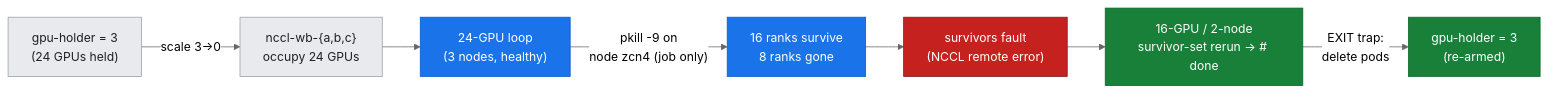
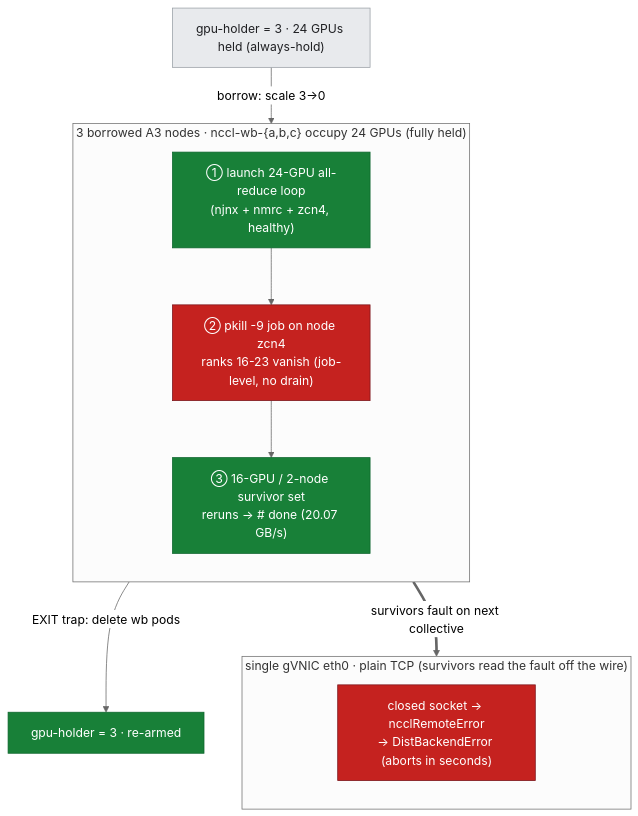
Before and after one commit to elideng-sg/hypercomputer-internode-deepdive: the second of 3 diagrams in labs/lab-13-topology-resilience/README.md, drawn with Mermaid (neutral theme). The commit also changed other lines of this file and 19 other files, not shown here.

First line of the commit message:
Diagrams: env-overview + combined step-flow across all 20 remaining labs

````diff
--- a/labs/lab-13-topology-resilience/README.md
+++ b/labs/lab-13-topology-resilience/README.md
@@ -48,14 +80,22 @@
 ```mermaid
-flowchart LR
-  H0["gpu-holder = 3<br/>(24 GPUs held)"] -->|"scale 3→0"| W["nccl-wb-{a,b,c}<br/>occupy 24 GPUs"]
-  W --> J["24-GPU loop<br/>(3 nodes, healthy)"]
-  J -->|"pkill -9 on<br/>node zcn4 (job only)"| K["16 ranks survive<br/>8 ranks gone"]
-  K --> F["survivors fault<br/>(NCCL remote error)"]
-  F --> RR["16-GPU / 2-node<br/>survivor-set rerun → # done"]
-  RR -->|"EXIT trap:<br/>delete pods"| R["gpu-holder = 3<br/>(re-armed)"]
+flowchart TB
+  H0["gpu-holder = 3 · 24 GPUs held (always-hold)"] -->|"borrow: scale 3→0"| S1
+  subgraph POOL["3 borrowed A3 nodes · nccl-wb-{a,b,c} occupy 24 GPUs (fully held)"]
+    direction TB
+    S1["① launch 24-GPU all-reduce loop<br/>(njnx + nmrc + zcn4, healthy)"]
+    S2["② pkill -9 job on node zcn4<br/>ranks 16-23 vanish (job-level, no drain)"]
+    S3["③ 16-GPU / 2-node survivor set<br/>reruns → # done (20.07 GB/s)"]
+    S1 --> S2 --> S3
+  end
+  subgraph FABZ["single gVNIC eth0 · plain TCP (survivors read the fault off the wire)"]
+    direction TB
+    F["closed socket → ncclRemoteError<br/>→ DistBackendError (aborts in seconds)"]
+  end
+  S2 ==>|"survivors fault on next collective"| F
+  S3 -->|"EXIT trap: delete wb pods"| R["gpu-holder = 3 · re-armed"]
+  classDef meas fill:#1a73e8,stroke:#0b57d0,color:#ffffff;
   classDef ctx fill:#e8eaed,stroke:#9aa0a6,color:#202124;
-  classDef meas fill:#1a73e8,stroke:#0b57d0,color:#ffffff;
+  classDef good fill:#188038,stroke:#0d652d,color:#ffffff;
   classDef crit fill:#c5221f,stroke:#7a161c,color:#ffffff;
-  classDef good fill:#188038,stroke:#0d652d,color:#ffffff;
-  class H0,W ctx; class J,K meas; class F crit; class RR,R good;
+  class H0 ctx; class S1 good; class S2 crit; class S3 good; class F crit; class R good;
 ```
````
